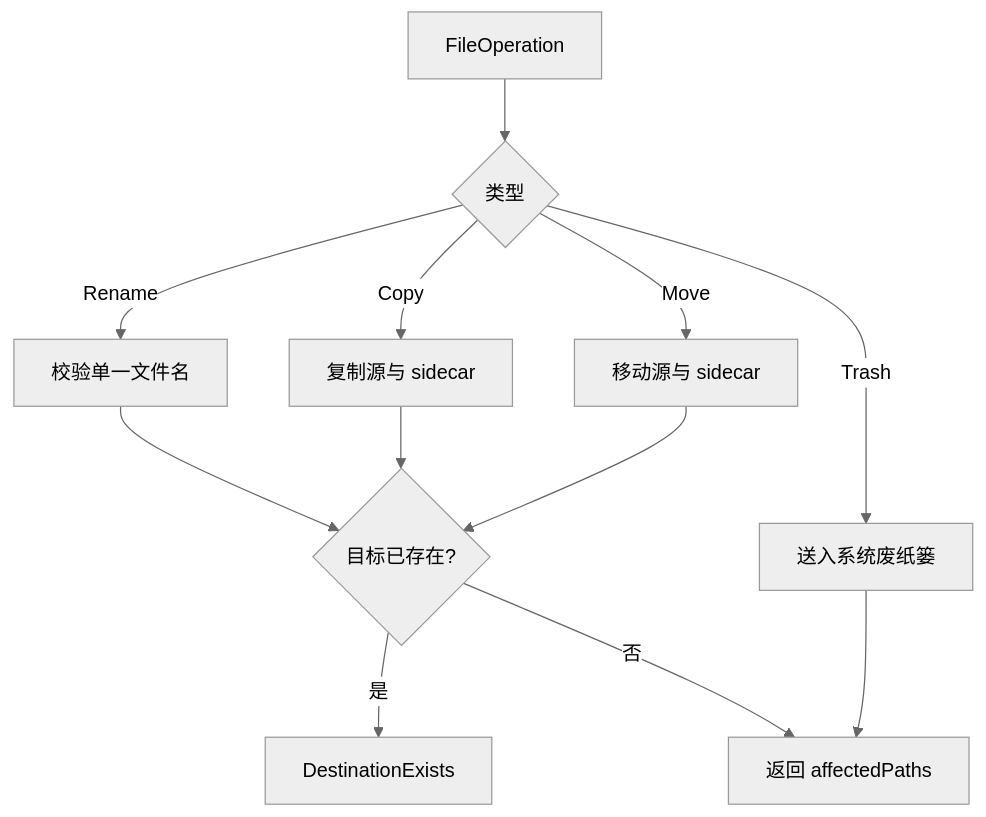
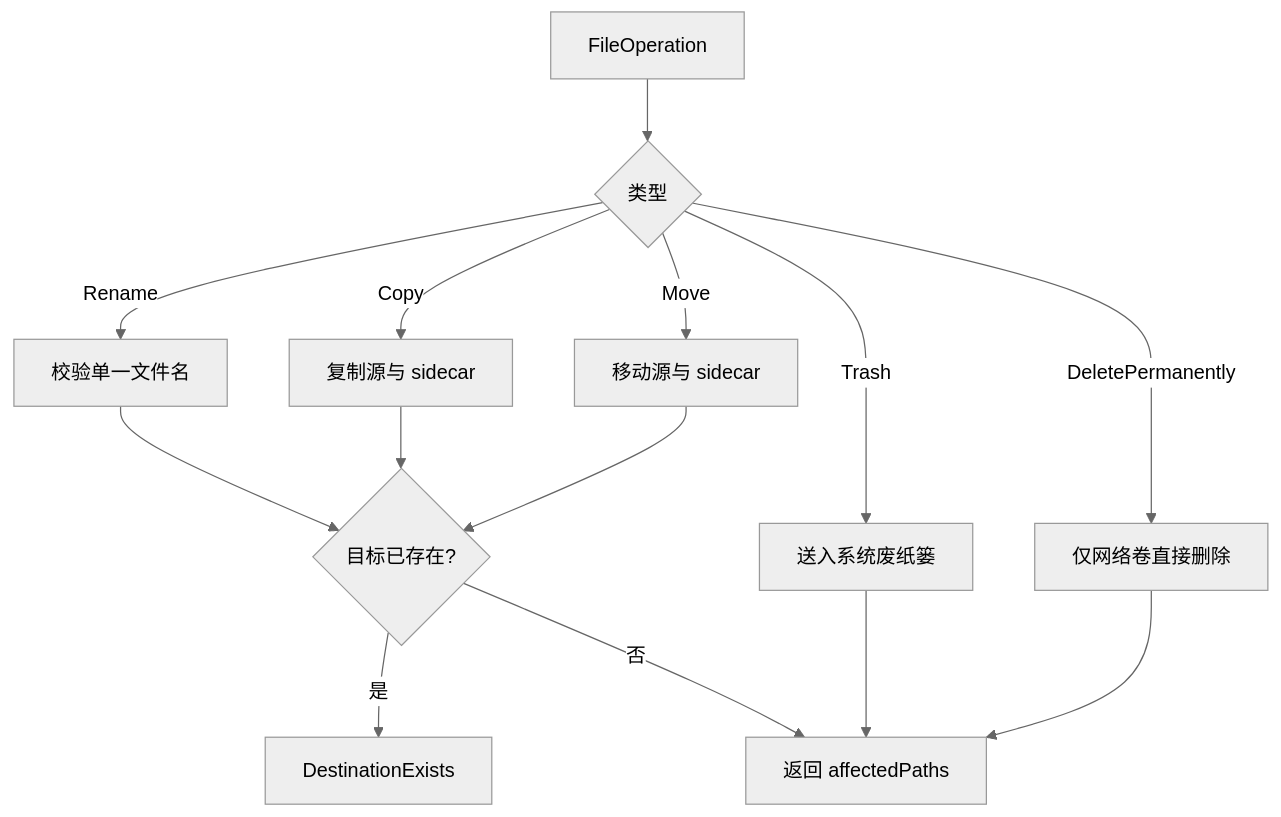
The third of 3 diagrams in docs/architecture/05-data-and-state.md (oxygenkun/oxyviewer), drawn with Mermaid (neutral theme) before and after one commit. The commit also changed other lines of this file and 16 other files, not shown here.

First line of the commit message:
fix(fs): delete network-share items permanently

````diff
--- a/docs/architecture/05-data-and-state.md
+++ b/docs/architecture/05-data-and-state.md
@@ -253,14 +256,16 @@
 ```mermaid
 flowchart TD
     operation["FileOperation"] --> operationKind{类型}
     operationKind -->|Rename| validateName["校验单一文件名"]
     operationKind -->|Copy| transfer["复制源与 sidecar"]
     operationKind -->|Move| move["移动源与 sidecar"]
     operationKind -->|Trash| trash["送入系统废纸篓"]
+    operationKind -->|DeletePermanently| permanent["仅网络卷直接删除"]
     validateName --> collision{目标已存在?}
     transfer --> collision
     move --> collision
     collision -->|是| reject["DestinationExists"]
     collision -->|否| affected["返回 affectedPaths"]
     trash --> affected
+    permanent --> affected
 ```
````
